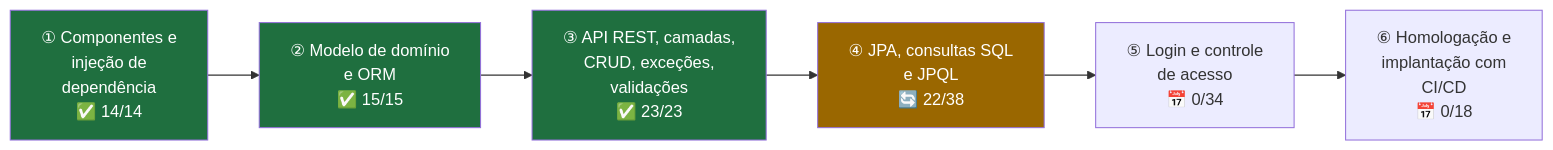
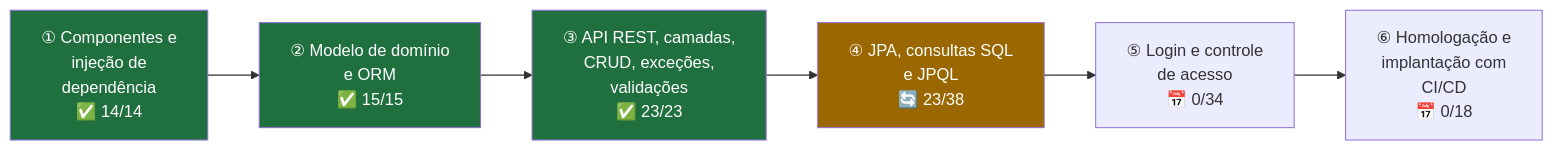
Before and after one commit to k3vinrich4rd/k3vinrich4rd: diagram 21 of 23 in README.md, drawn with Mermaid. The commit also changed other lines of this file and 6 other files, not shown here.

````diff
--- a/README.md
+++ b/README.md
@@ -2714,8 +2717,8 @@
 ```mermaid
 flowchart LR
-    C1["① Componentes e<br/>injeção de<br/>dependência<br/>✅ 14/14"] --> C2["② Modelo de domínio<br/>e ORM<br/>✅ 15/15"] --> C3["③ API REST, camadas,<br/>CRUD, exceções,<br/>validações<br/>✅ 23/23"] --> C4["④ JPA, consultas SQL<br/>e JPQL<br/>🔄 22/38"] --> C5["⑤ Login e controle<br/>de acesso<br/>📅 0/34"] --> C6["⑥ Homologação e<br/>implantação com<br/>CI/CD<br/>📅 0/18"]
+    C1["① Componentes e<br/>injeção de<br/>dependência<br/>✅ 14/14"] --> C2["② Modelo de domínio<br/>e ORM<br/>✅ 15/15"] --> C3["③ API REST, camadas,<br/>CRUD, exceções,<br/>validações<br/>✅ 23/23"] --> C4["④ JPA, consultas SQL<br/>e JPQL<br/>🔄 23/38"] --> C5["⑤ Login e controle<br/>de acesso<br/>📅 0/34"] --> C6["⑥ Homologação e<br/>implantação com<br/>CI/CD<br/>📅 0/18"]
     style C1 fill:#1f6f3f,color:#fff
     style C2 fill:#1f6f3f,color:#fff
     style C3 fill:#1f6f3f,color:#fff
     style C4 fill:#9a6700,color:#fff
 ```
````
